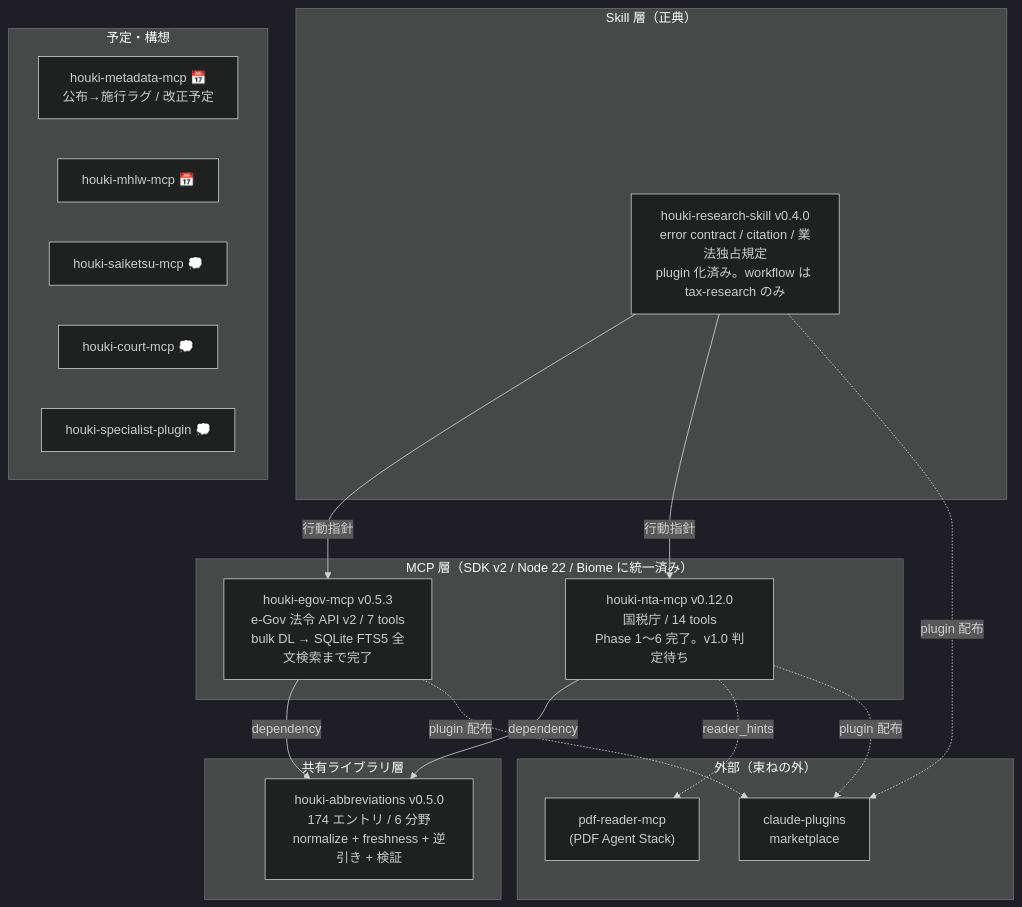
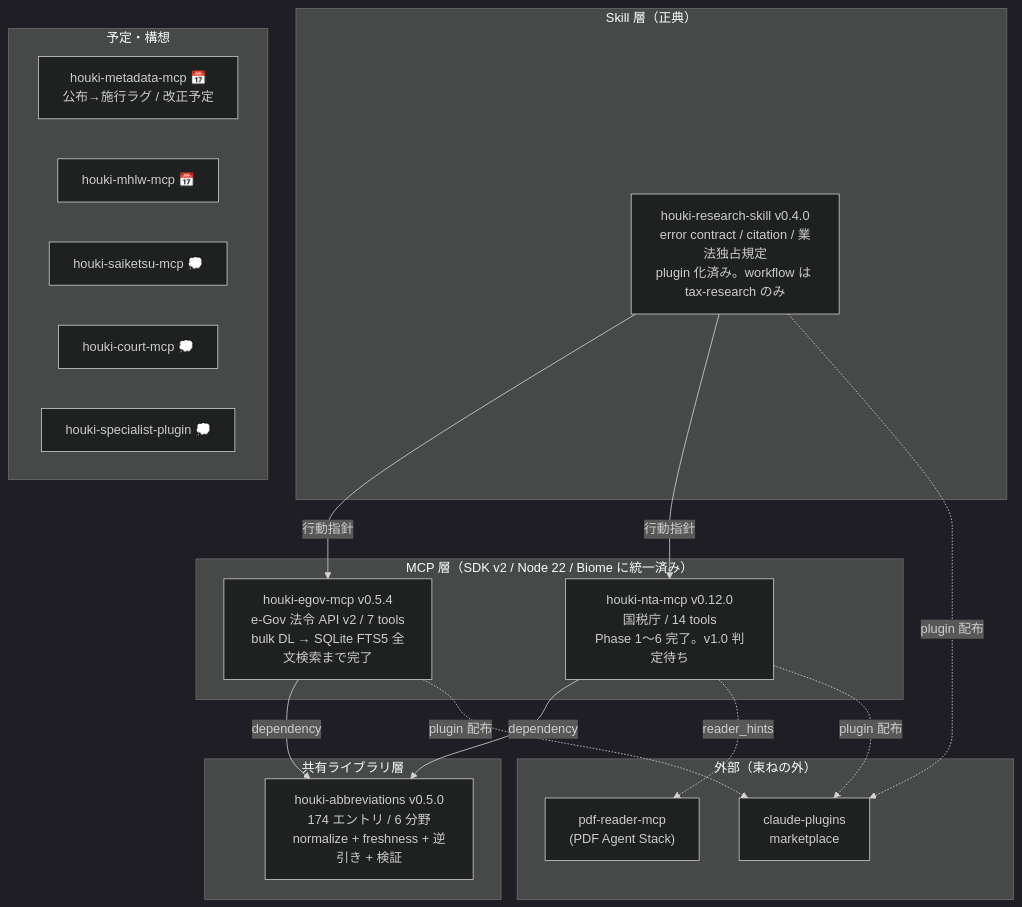
The diagram in docs/ROADMAP.md (shuji-bonji/houki-hub), drawn with Mermaid (dark theme) before and after one commit. The commit also changed other lines of this file and 14 other files, not shown here.

First line of the commit message:
docs: houki-egov-mcp 0.5.4（get_law の Markdown の条見出し・号・イロハ・表）に追随する

````diff
--- a/docs/ROADMAP.md
+++ b/docs/ROADMAP.md
@@ -8,28 +8,28 @@
 ```mermaid
 graph TB
     subgraph Skill層["Skill 層（正典）"]
         SKILL["houki-research-skill v0.4.0<br/>error contract / citation / 業法独占規定<br/>plugin 化済み。workflow は tax-research のみ"]
     end
     subgraph MCP層["MCP 層（SDK v2 / Node 22 / Biome に統一済み）"]
-        EGOV["houki-egov-mcp v0.5.3<br/>e-Gov 法令 API v2 / 7 tools<br/>bulk DL → SQLite FTS5 全文検索まで完了"]
+        EGOV["houki-egov-mcp v0.5.4<br/>e-Gov 法令 API v2 / 7 tools<br/>bulk DL → SQLite FTS5 全文検索まで完了"]
         NTA["houki-nta-mcp v0.12.0<br/>国税庁 / 14 tools<br/>Phase 1〜6 完了。v1.0 判定待ち"]
     end
     subgraph 共有層["共有ライブラリ層"]
         ABBR["houki-abbreviations v0.5.0<br/>174 エントリ / 6 分野<br/>normalize + freshness + 逆引き + 検証"]
     end
     subgraph 外部["外部（束ねの外）"]
         PDF["pdf-reader-mcp<br/>(PDF Agent Stack)"]
         PLUGINS["claude-plugins<br/>marketplace"]
     end
     SKILL -->|行動指針| EGOV & NTA
     EGOV & NTA -->|dependency| ABBR
     NTA -.->|reader_hints| PDF
     EGOV & NTA & SKILL -.->|plugin 配布| PLUGINS
     subgraph 将来["予定・構想"]
         META["houki-metadata-mcp 📅<br/>公布→施行ラグ / 改正予定"]
         MHLW["houki-mhlw-mcp 📅"]
         SAIKETSU["houki-saiketsu-mcp 💭"]
         COURT["houki-court-mcp 💭"]
         AGENT["houki-specialist-plugin 💭"]
     end
 ```
````
